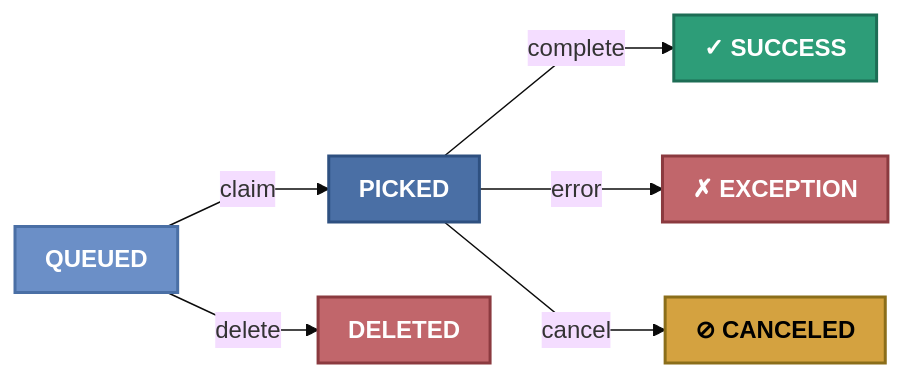
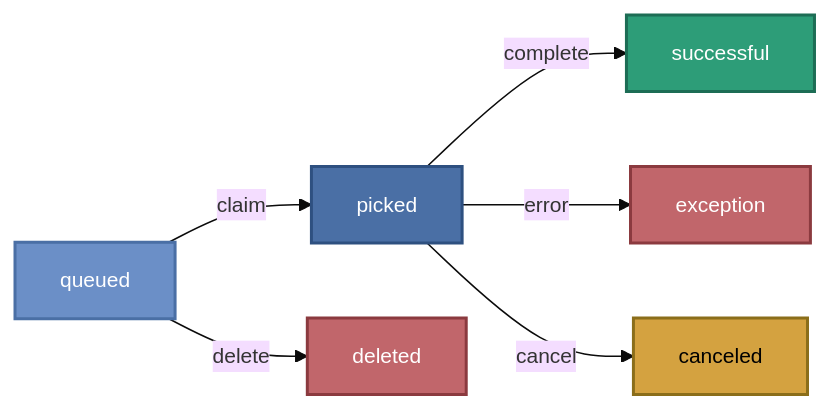
One commit to janbjorge/pgqueuer changed the diagram in docs/guides/completion-tracking.md. Above: the diagram before and after it, drawn with Mermaid. The commit also changed 2 other files, not shown here.

Commit message:
docs: unify all Mermaid diagrams to consistent style
All 5 diagrams now share the same template:
- %%{init: {'theme': 'base', 'themeVariables': {'fontSize': '14px', 'fontFamily': 'Inter, sans-serif'}}}%%
- No htmlLabels (avoids hexagon rendering bugs)
- No HTML tags or emoji inside node labels
- No hexagon {{...}} nodes
- Plain edge labels for branching
- Same color palette and 2px stroke widths across all diagrams:
  #6B8FC7 light blue  — initial/producer
  #4A6FA5 brand blue  — active/processing
  #2E5080 dark blue   — database
  #2D9D78 teal        — success
  #C1666B muted red   — error/exception
  #D4A240 amber       — canceled

````diff
--- a/docs/guides/completion-tracking.md
+++ b/docs/guides/completion-tracking.md
@@ -27,28 +27,28 @@
 ```mermaid
-%%{init: {'flowchart': {'htmlLabels': true, 'curve': 'linear', 'padding': '10'}, 'theme': 'base', 'themeVariables': {'fontSize': '16px', 'fontFamily': 'Inter, sans-serif'}}}%%
+%%{init: {'theme': 'base', 'themeVariables': {'fontSize': '14px', 'fontFamily': 'Inter, sans-serif'}}}%%
 flowchart LR
-    Queued["<b>QUEUED</b>"]
-    Picked["<b>PICKED</b>"]
-    Success["<b>✓ SUCCESS</b>"]
-    Exception["<b>✗ EXCEPTION</b>"]
-    Canceled["<b>⊘ CANCELED</b>"]
-    Deleted["<b>DELETED</b>"]
+    Queued[queued]
+    Picked[picked]
+    Success[successful]
+    Exception[exception]
+    Canceled[canceled]
+    Deleted[deleted]
 
     Queued -->|claim| Picked
     Queued -->|delete| Deleted
     Picked -->|complete| Success
     Picked -->|error| Exception
     Picked -->|cancel| Canceled
 
-    classDef queued fill:#6B8FC7,stroke:#4A6FA5,stroke-width:2px,color:#fff
-    classDef picked fill:#4A6FA5,stroke:#2E5080,stroke-width:2px,color:#fff
+    classDef queued  fill:#6B8FC7,stroke:#4A6FA5,stroke-width:2px,color:#fff
+    classDef picked  fill:#4A6FA5,stroke:#2E5080,stroke-width:2px,color:#fff
     classDef success fill:#2D9D78,stroke:#1d6d55,stroke-width:2px,color:#fff
-    classDef error fill:#C1666B,stroke:#8b3a3f,stroke-width:2px,color:#fff
+    classDef error   fill:#C1666B,stroke:#8b3a3f,stroke-width:2px,color:#fff
     classDef canceled fill:#D4A240,stroke:#8b6e1a,stroke-width:2px,color:#000
 
     class Queued queued
     class Picked picked
     class Success success
     class Exception,Deleted error
     class Canceled canceled
 ```
````
